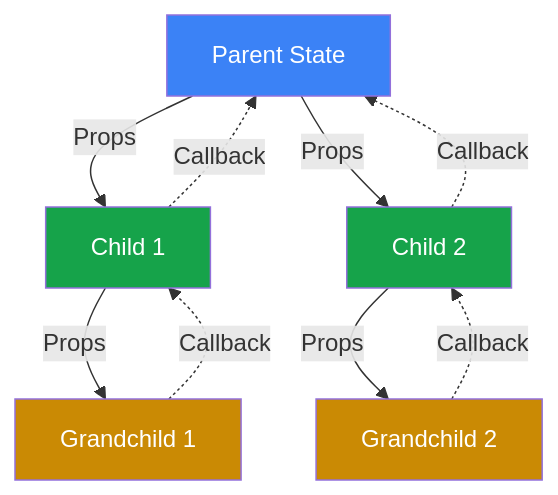
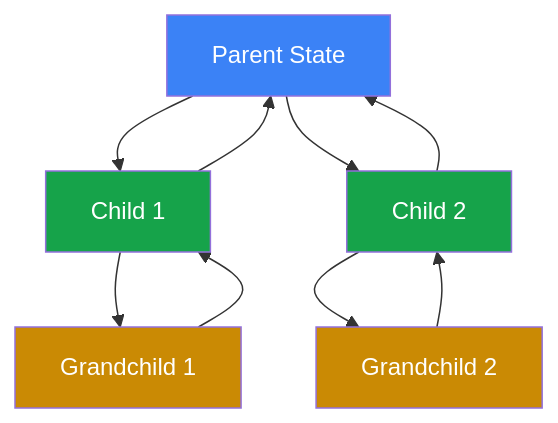
Before and after one commit to upasanaprabhakar/web-dev-handbook: the third of 3 diagrams in react/state_props/README.md, drawn with Mermaid. The commit also changed other lines of this file, not shown here.

Commit message:
state and props topic minor updates

````diff
--- a/react/state_props/README.md
+++ b/react/state_props/README.md
@@ -357,21 +358,22 @@
 ```mermaid
 graph TD
-    A[Parent State] -->|Props| B[Child 1]
-    A -->|Props| C[Child 2]
-    B -->|Props| D[Grandchild 1]
-    C -->|Props| E[Grandchild 2]
+    A[Parent State] --> B[Child 1]
+    A --> C[Child 2]
+    B --> D[Grandchild 1]
+    C --> E[Grandchild 2]
 
-    D -.->|Callback| B
-    B -.->|Callback| A
-    E -.->|Callback| C
-    C -.->|Callback| A
+    D --> B
+    B --> A
+    E --> C
+    C --> A
 
     classDef parent fill:#3B82F6,color:#ffffff
     classDef child fill:#16A34A,color:#ffffff
     classDef grand fill:#CA8A04,color:#ffffff
 
     class A parent
     class B,C child
     class D,E grand
 
+
 ```
````
